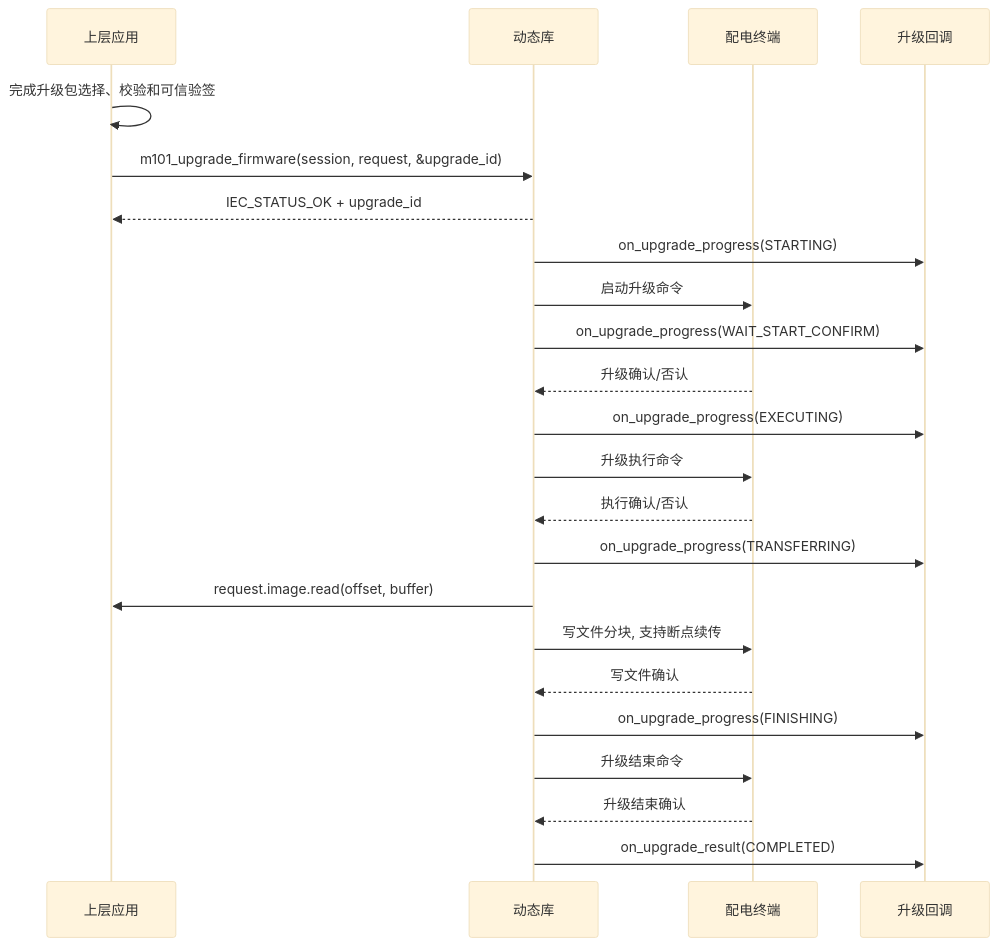
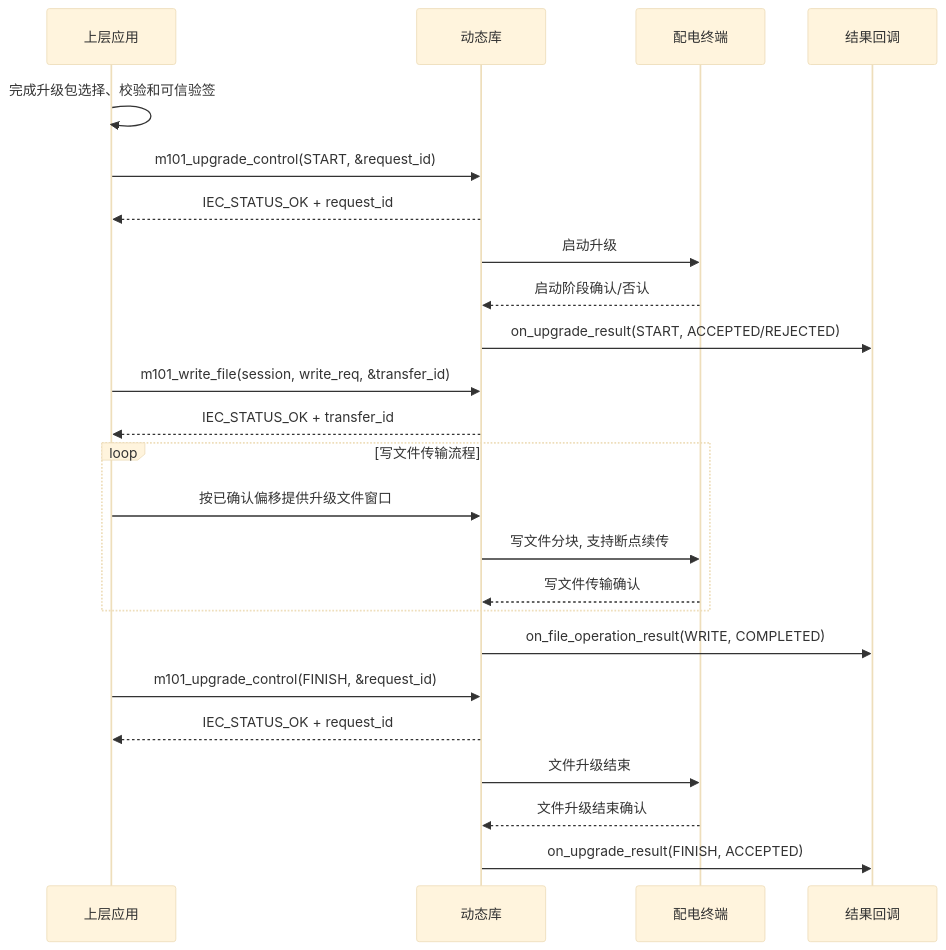
Before and after one commit to CcooLcyy/gw-protocol-sdk: diagram 13 of 19 in doc/api/gw_protocol_sdk_api_design.md, drawn with Mermaid (base theme). The commit also changed other lines of this file and 5 other files, not shown here.

````diff
--- a/doc/api/gw_protocol_sdk_api_design.md
+++ b/doc/api/gw_protocol_sdk_api_design.md
@@ -2484,26 +2387,27 @@
 ```mermaid
 sequenceDiagram
     participant 应用 as 上层应用
     participant 库 as 动态库
     participant 终端 as 配电终端
-    participant 回调 as 升级回调
+    participant 回调 as 结果回调
 
     应用->>应用: 完成升级包选择、校验和可信验签
-    应用->>库: m101_upgrade_firmware(session, request, &upgrade_id)
-    库-->>应用: IEC_STATUS_OK + upgrade_id
-    库->>回调: on_upgrade_progress(STARTING)
-    库->>终端: 启动升级命令
-    库->>回调: on_upgrade_progress(WAIT_START_CONFIRM)
-    终端-->>库: 升级确认/否认
-    库->>回调: on_upgrade_progress(EXECUTING)
-    库->>终端: 升级执行命令
-    终端-->>库: 执行确认/否认
-    库->>回调: on_upgrade_progress(TRANSFERRING)
-    库->>应用: request.image.read(offset, buffer)
-    库->>终端: 写文件分块, 支持断点续传
-    终端-->>库: 写文件确认
-    库->>回调: on_upgrade_progress(FINISHING)
-    库->>终端: 升级结束命令
-    终端-->>库: 升级结束确认
-    库->>回调: on_upgrade_result(COMPLETED)
+    应用->>库: m101_upgrade_control(START, &request_id)
+    库-->>应用: IEC_STATUS_OK + request_id
+    库->>终端: 启动升级
+    终端-->>库: 启动阶段确认/否认
+    库->>回调: on_upgrade_result(START, ACCEPTED/REJECTED)
+    应用->>库: m101_write_file(session, write_req, &transfer_id)
+    库-->>应用: IEC_STATUS_OK + transfer_id
+    loop 写文件传输流程
+        应用->>库: 按已确认偏移提供升级文件窗口
+        库->>终端: 写文件分块, 支持断点续传
+        终端-->>库: 写文件传输确认
+    end
+    库->>回调: on_file_operation_result(WRITE, COMPLETED)
+    应用->>库: m101_upgrade_control(FINISH, &request_id)
+    库-->>应用: IEC_STATUS_OK + request_id
+    库->>终端: 文件升级结束
+    终端-->>库: 文件升级结束确认
+    库->>回调: on_upgrade_result(FINISH, ACCEPTED)
 ```
````
